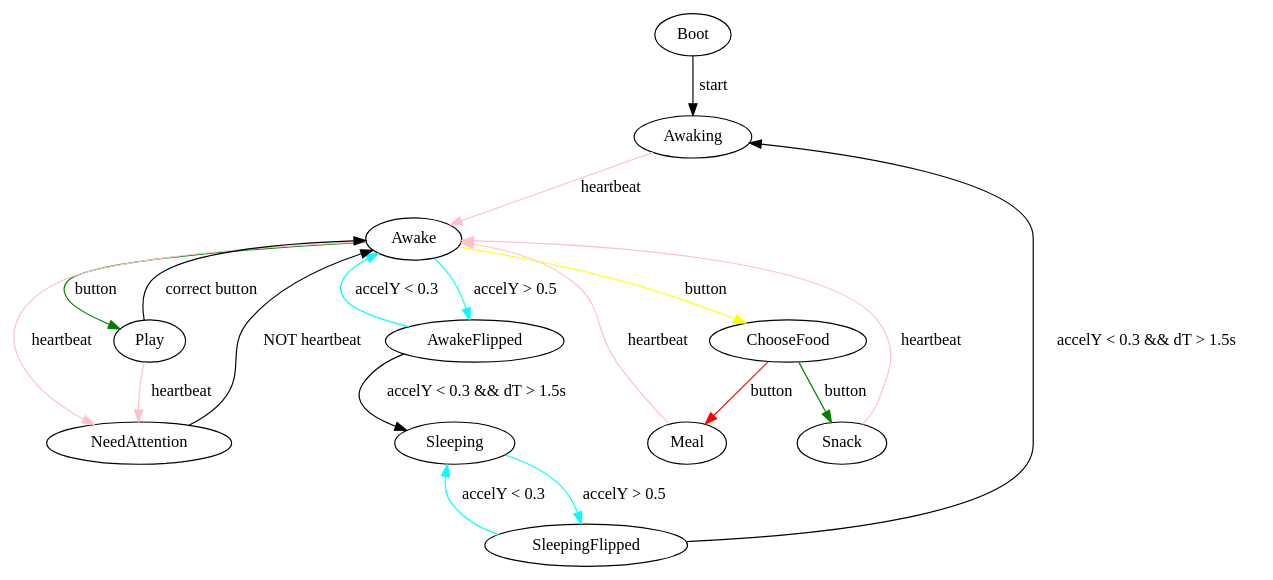
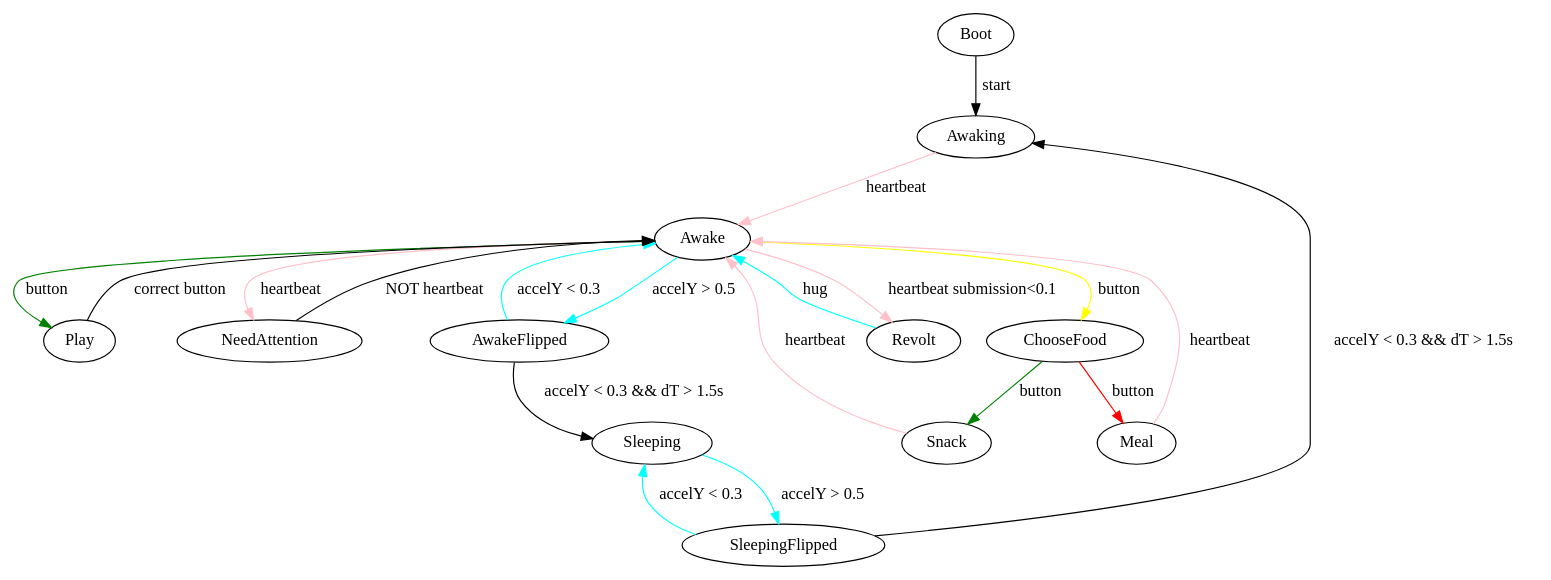
Before and after one commit to titouanc/sicp-project: the diagram in states.dot, drawn with Graphviz. The commit also changed 6 other files, not shown here.

```diff
--- a/states.dot
+++ b/states.dot
@@ -1,25 +1,27 @@
 digraph virtualpet {
     Boot -> Awaking [label="start"];
     Awaking -> Awake [label="heartbeat", color="pink"];
 
     Awake -> AwakeFlipped [label="accelY > 0.5", color="cyan"];
     AwakeFlipped -> Awake [label="accelY < 0.3", color="cyan"];
     AwakeFlipped -> Sleeping [label="accelY < 0.3 && dT > 1.5s"];
 
     Sleeping -> SleepingFlipped [label="accelY > 0.5", color="cyan"];
     SleepingFlipped -> Sleeping [label="accelY < 0.3", color="cyan"];
     SleepingFlipped -> Awaking [label="accelY < 0.3 && dT > 1.5s"];
 
     Awake -> Play [label="button", color="green"];
     Play -> Awake [label="correct button"];
 
     Awake -> NeedAttention [label="heartbeat", color="pink"];
-    Play -> NeedAttention [label="heartbeat", color="pink"];
     NeedAttention -> Awake [label="NOT heartbeat"];
 
     Awake -> ChooseFood [label="button", color="yellow"];
     ChooseFood -> Snack [label="button", color="green"];
     ChooseFood -> Meal  [label="button", color="red"];
     Snack -> Awake [label="heartbeat", color="pink"];
     Meal -> Awake [label="heartbeat", color="pink"];
+
+    Awake -> Revolt [label="heartbeat submission<0.1", color="pink"];
+    Revolt -> Awake [label="hug", color="cyan"]
 }
```
